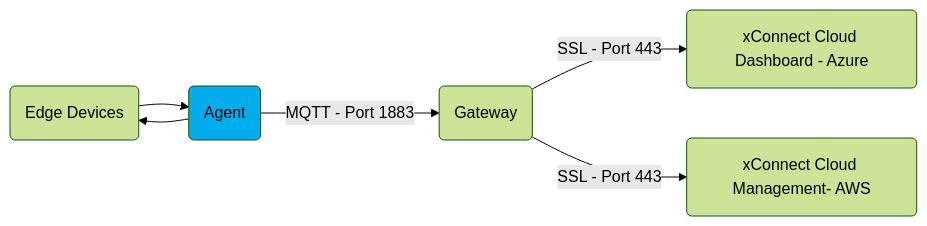
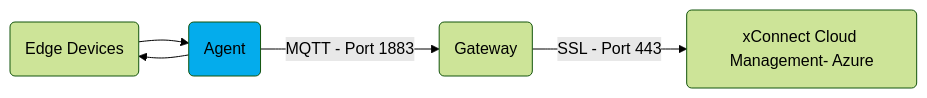
Before and after one commit to senecaxconnect/xconnect_docs: the second of 4 diagrams in docs/Platform_Overview.md, drawn with Mermaid (forest theme). The commit also changed other lines of this file and 3 other files, not shown here.

````diff
--- a/docs/Platform_Overview.md
+++ b/docs/Platform_Overview.md
@@ -71,9 +71,8 @@
 ```mermaid
       graph LR
           A(Edge Devices) --> B(Agent)
           style B fill:#04acec
           B --> A
           B -->|MQTT - Port 1883|C(Gateway)
-          C -->|SSL - Port 443|D(xConnect Cloud Dashboard - Azure)
-          C -->|SSL - Port 443|E(xConnect Cloud Management- AWS);
+          C -->|SSL - Port 443|E(xConnect Cloud Management- Azure);
 ```
````
